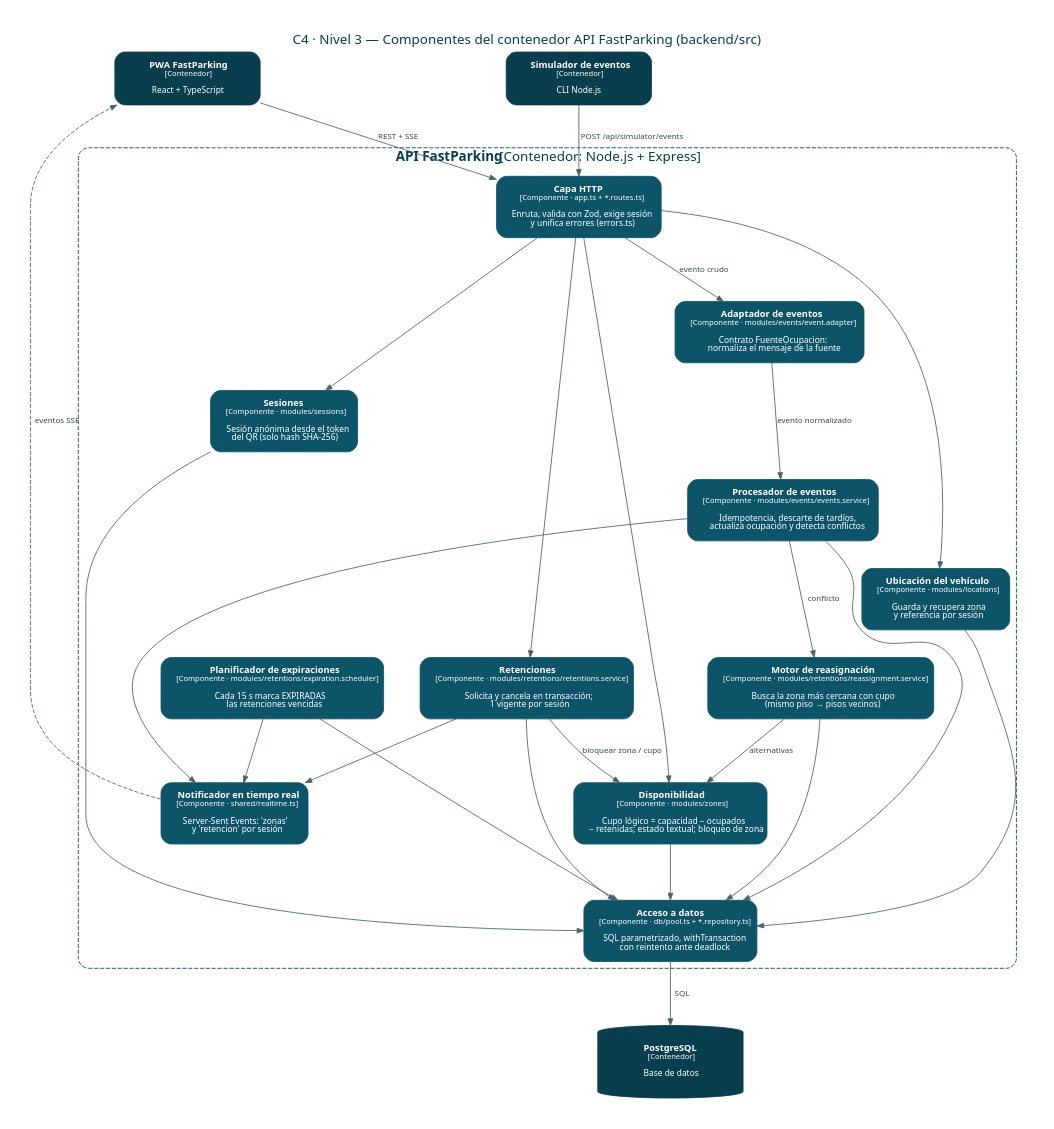
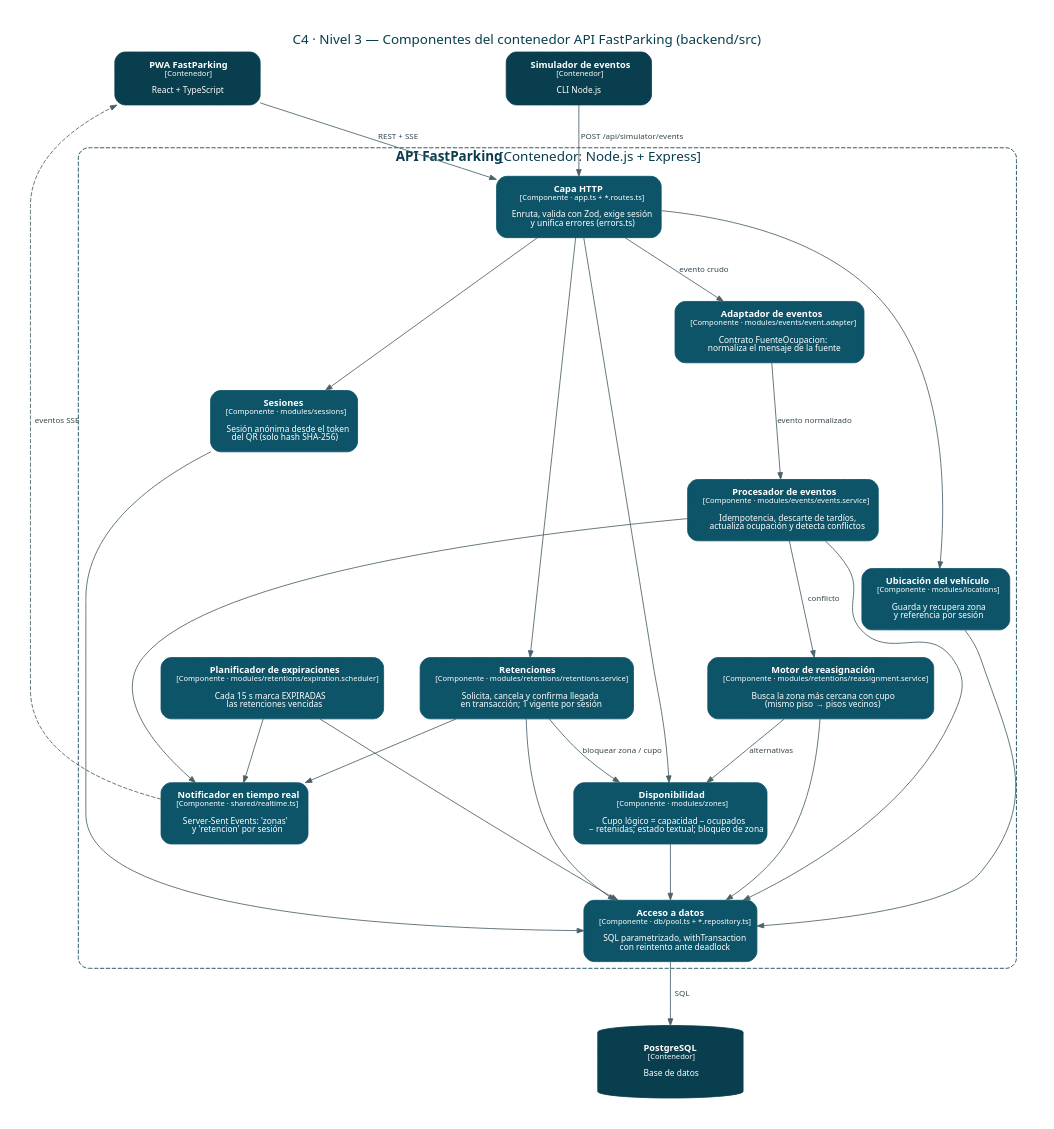
The diagram in docs/diagramas/fuentes/c4-nivel3-componentes.dot (N4SL7/fastparking), drawn with Graphviz before and after one commit. The commit also changed 26 other files, not shown here.

```diff
--- a/docs/diagramas/fuentes/c4-nivel3-componentes.dot
+++ b/docs/diagramas/fuentes/c4-nivel3-componentes.dot
@@ -1,34 +1,34 @@
 digraph C4_3 { graph [fontname="Segoe UI,Arial,Helvetica,sans-serif", pad=0.4, nodesep=0.9, ranksep=1.0, bgcolor="white", labelloc=t, fontsize=16, fontcolor="#083E4D"];
 node [fontname="Segoe UI,Arial,Helvetica,sans-serif", fontsize=11, margin="0.25,0.15", width=2.6];
 edge [fontname="Segoe UI,Arial,Helvetica,sans-serif", fontsize=9.5, color="#4b6169", fontcolor="#33474e", arrowsize=0.8];
 graph [label="C4 · Nivel 3 — Componentes del contenedor API FastParking (backend/src)", nodesep=0.6, ranksep=0.9];
 node [width=2.4];
 pwa [shape=box, style="rounded,filled", fillcolor="#083E4D", color="#083E4D", label=<<B>PWA FastParking</B><BR/><FONT POINT-SIZE="9">[Contenedor]</FONT><BR/><BR/><FONT POINT-SIZE="10">React + TypeScript</FONT>>, fontcolor="white"];
 sim [shape=box, style="rounded,filled", fillcolor="#083E4D", color="#083E4D", label=<<B>Simulador de eventos</B><BR/><FONT POINT-SIZE="9">[Contenedor]</FONT><BR/><BR/><FONT POINT-SIZE="10">CLI Node.js</FONT>>, fontcolor="white"];
 db [shape=cylinder, style="rounded,filled", fillcolor="#083E4D", color="#083E4D", label=<<B>PostgreSQL</B><BR/><FONT POINT-SIZE="9">[Contenedor]</FONT><BR/><BR/><FONT POINT-SIZE="10">Base de datos</FONT>>, fontcolor="white"];
 subgraph cluster_api { label=<<B>API FastParking</B> [Contenedor: Node.js + Express]>; style="dashed,rounded"; color="#083E4D"; fontcolor="#083E4D";
   http [shape=box, style="rounded,filled", fillcolor="#0d5468", color="#0d5468", label=<<B>Capa HTTP</B><BR/><FONT POINT-SIZE="9">[Componente · app.ts + *.routes.ts]</FONT><BR/><BR/><FONT POINT-SIZE="10">Enruta, valida con Zod, exige sesión<BR/>y unifica errores (errors.ts)</FONT>>, fontcolor="white"];
   ses [shape=box, style="rounded,filled", fillcolor="#0d5468", color="#0d5468", label=<<B>Sesiones</B><BR/><FONT POINT-SIZE="9">[Componente · modules/sessions]</FONT><BR/><BR/><FONT POINT-SIZE="10">Sesión anónima desde el token<BR/>del QR (solo hash SHA-256)</FONT>>, fontcolor="white"];
   disp [shape=box, style="rounded,filled", fillcolor="#0d5468", color="#0d5468", label=<<B>Disponibilidad</B><BR/><FONT POINT-SIZE="9">[Componente · modules/zones]</FONT><BR/><BR/><FONT POINT-SIZE="10">Cupo lógico = capacidad − ocupados<BR/>− retenidas; estado textual; bloqueo de zona</FONT>>, fontcolor="white"];
-  ret [shape=box, style="rounded,filled", fillcolor="#0d5468", color="#0d5468", label=<<B>Retenciones</B><BR/><FONT POINT-SIZE="9">[Componente · modules/retentions/retentions.service]</FONT><BR/><BR/><FONT POINT-SIZE="10">Solicita y cancela en transacción;<BR/>1 vigente por sesión</FONT>>, fontcolor="white"];
+  ret [shape=box, style="rounded,filled", fillcolor="#0d5468", color="#0d5468", label=<<B>Retenciones</B><BR/><FONT POINT-SIZE="9">[Componente · modules/retentions/retentions.service]</FONT><BR/><BR/><FONT POINT-SIZE="10">Solicita, cancela y confirma llegada<BR/>en transacción; 1 vigente por sesión</FONT>>, fontcolor="white"];
   reas [shape=box, style="rounded,filled", fillcolor="#0d5468", color="#0d5468", label=<<B>Motor de reasignación</B><BR/><FONT POINT-SIZE="9">[Componente · modules/retentions/reassignment.service]</FONT><BR/><BR/><FONT POINT-SIZE="10">Busca la zona más cercana con cupo<BR/>(mismo piso → pisos vecinos)</FONT>>, fontcolor="white"];
   exp [shape=box, style="rounded,filled", fillcolor="#0d5468", color="#0d5468", label=<<B>Planificador de expiraciones</B><BR/><FONT POINT-SIZE="9">[Componente · modules/retentions/expiration.scheduler]</FONT><BR/><BR/><FONT POINT-SIZE="10">Cada 15 s marca EXPIRADAS<BR/>las retenciones vencidas</FONT>>, fontcolor="white"];
   adap [shape=box, style="rounded,filled", fillcolor="#0d5468", color="#0d5468", label=<<B>Adaptador de eventos</B><BR/><FONT POINT-SIZE="9">[Componente · modules/events/event.adapter]</FONT><BR/><BR/><FONT POINT-SIZE="10">Contrato FuenteOcupacion:<BR/>normaliza el mensaje de la fuente</FONT>>, fontcolor="white"];
   proc [shape=box, style="rounded,filled", fillcolor="#0d5468", color="#0d5468", label=<<B>Procesador de eventos</B><BR/><FONT POINT-SIZE="9">[Componente · modules/events/events.service]</FONT><BR/><BR/><FONT POINT-SIZE="10">Idempotencia, descarte de tardíos,<BR/>actualiza ocupación y detecta conflictos</FONT>>, fontcolor="white"];
   ubi [shape=box, style="rounded,filled", fillcolor="#0d5468", color="#0d5468", label=<<B>Ubicación del vehículo</B><BR/><FONT POINT-SIZE="9">[Componente · modules/locations]</FONT><BR/><BR/><FONT POINT-SIZE="10">Guarda y recupera zona<BR/>y referencia por sesión</FONT>>, fontcolor="white"];
   sse [shape=box, style="rounded,filled", fillcolor="#0d5468", color="#0d5468", label=<<B>Notificador en tiempo real</B><BR/><FONT POINT-SIZE="9">[Componente · shared/realtime.ts]</FONT><BR/><BR/><FONT POINT-SIZE="10">Server-Sent Events: 'zonas'<BR/>y 'retencion' por sesión</FONT>>, fontcolor="white"];
   repo [shape=box, style="rounded,filled", fillcolor="#0d5468", color="#0d5468", label=<<B>Acceso a datos</B><BR/><FONT POINT-SIZE="9">[Componente · db/pool.ts + *.repository.ts]</FONT><BR/><BR/><FONT POINT-SIZE="10">SQL parametrizado, withTransaction<BR/>con reintento ante deadlock</FONT>>, fontcolor="white"];
 }
 pwa -> http [label="  REST + SSE"];
 sim -> http [label="  POST /api/simulator/events"];
 http -> ses; http -> disp; http -> ret; http -> ubi; http -> adap [label=" evento crudo"];
 adap -> proc [label=" evento normalizado"];
 proc -> reas [label=" conflicto"];
 reas -> disp [label=" alternativas"];
 ret -> disp [label=" bloquear zona / cupo"];
 ret -> sse; proc -> sse; exp -> sse;
 sse -> pwa [style=dashed, label="  eventos SSE"];
 ses -> repo; disp -> repo; ret -> repo; reas -> repo; exp -> repo; proc -> repo; ubi -> repo;
 repo -> db [label="  SQL"];
 {rank=same; pwa; sim}
 }
```
